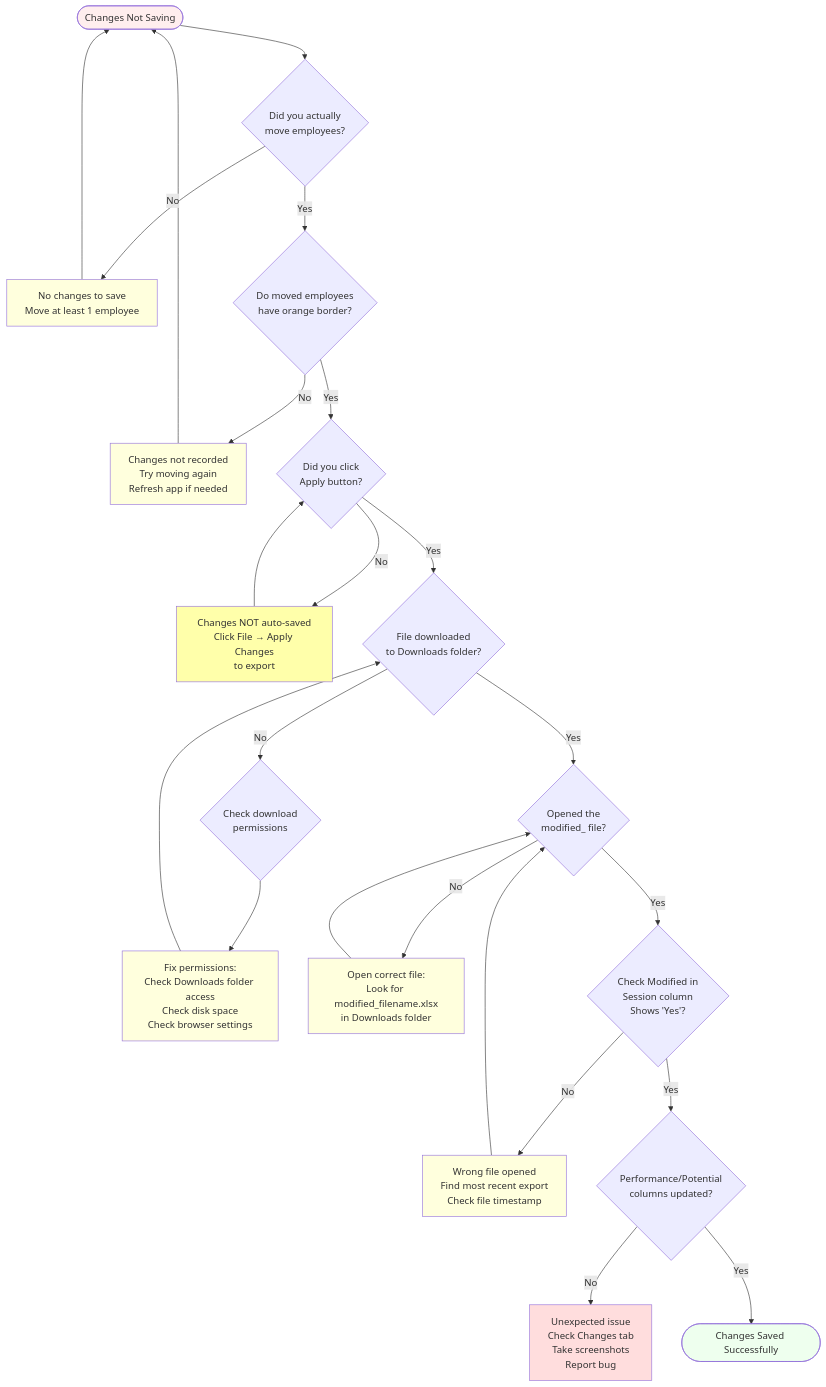
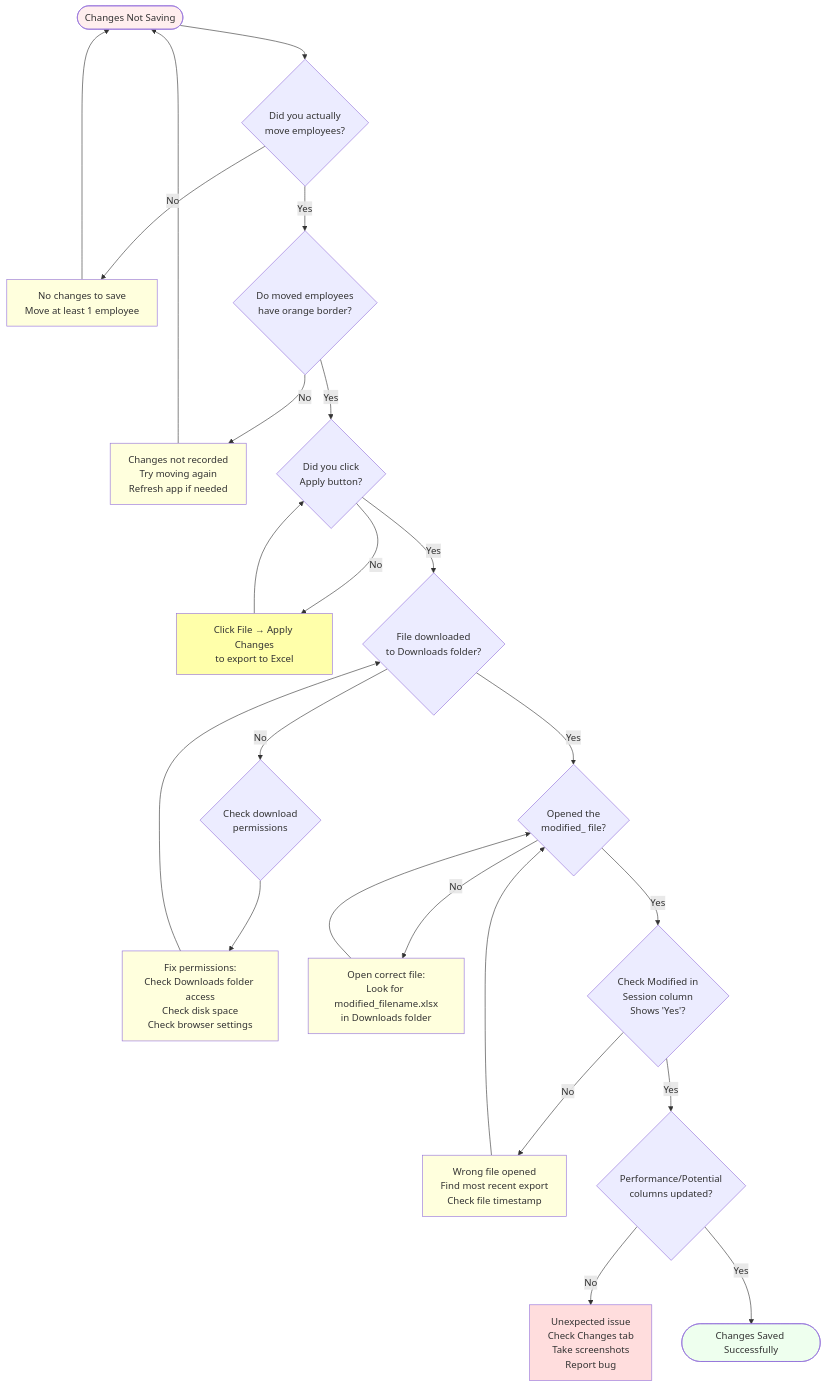
Before and after one commit to bencan1a/9boxer: the second of 3 diagrams in resources/user-guide/docs/troubleshooting.md, drawn with Mermaid. The commit also changed other lines of this file and 3 other files, not shown here.

````diff
--- a/resources/user-guide/docs/troubleshooting.md
+++ b/resources/user-guide/docs/troubleshooting.md
@@ -99,43 +95,43 @@
 ```mermaid
 flowchart TD
     Start([Changes Not Saving]) --> MadeChanges{Did you actually<br/>move employees?}
     MadeChanges -->|No| NoChanges[No changes to save<br/>Move at least 1 employee]
     MadeChanges -->|Yes| CheckBorder{Do moved employees<br/>have orange border?}
 
     CheckBorder -->|No| NotRecorded[Changes not recorded<br/>Try moving again<br/>Refresh app if needed]
     CheckBorder -->|Yes| ClickedApply{Did you click<br/>Apply button?}
 
-    ClickedApply -->|No| MustApply[Changes NOT auto-saved<br/>Click File → Apply Changes<br/>to export]
+    ClickedApply -->|No| MustApply[Click File → Apply Changes<br/>to export to Excel]
     ClickedApply -->|Yes| CheckDownload{File downloaded<br/>to Downloads folder?}
 
     CheckDownload -->|No| PermissionCheck{Check download<br/>permissions}
     CheckDownload -->|Yes| OpenedFile{Opened the<br/>modified_ file?}
 
     PermissionCheck --> FixPerms[Fix permissions:<br/>Check Downloads folder access<br/>Check disk space<br/>Check browser settings]
 
     OpenedFile -->|No| WrongFile[Open correct file:<br/>Look for modified_filename.xlsx<br/>in Downloads folder]
     OpenedFile -->|Yes| CheckColumn{Check Modified in<br/>Session column<br/>Shows 'Yes'?}
 
     CheckColumn -->|No| OldFile[Wrong file opened<br/>Find most recent export<br/>Check file timestamp]
     CheckColumn -->|Yes| CheckRatings{Performance/Potential<br/>columns updated?}
 
     CheckRatings -->|No| BugReport[Unexpected issue<br/>Check Changes tab<br/>Take screenshots<br/>Report bug]
     CheckRatings -->|Yes| Success([Changes Saved Successfully])
 
     NoChanges --> Start
     NotRecorded --> Start
     MustApply --> ClickedApply
     FixPerms --> CheckDownload
     WrongFile --> OpenedFile
     OldFile --> OpenedFile
 
     style Start fill:#fee
     style Success fill:#efe
     style MustApply fill:#ffa
     style NoChanges fill:#ffd
     style NotRecorded fill:#ffd
     style WrongFile fill:#ffd
     style OldFile fill:#ffd
     style FixPerms fill:#ffd
     style BugReport fill:#fdd
 ```
````
